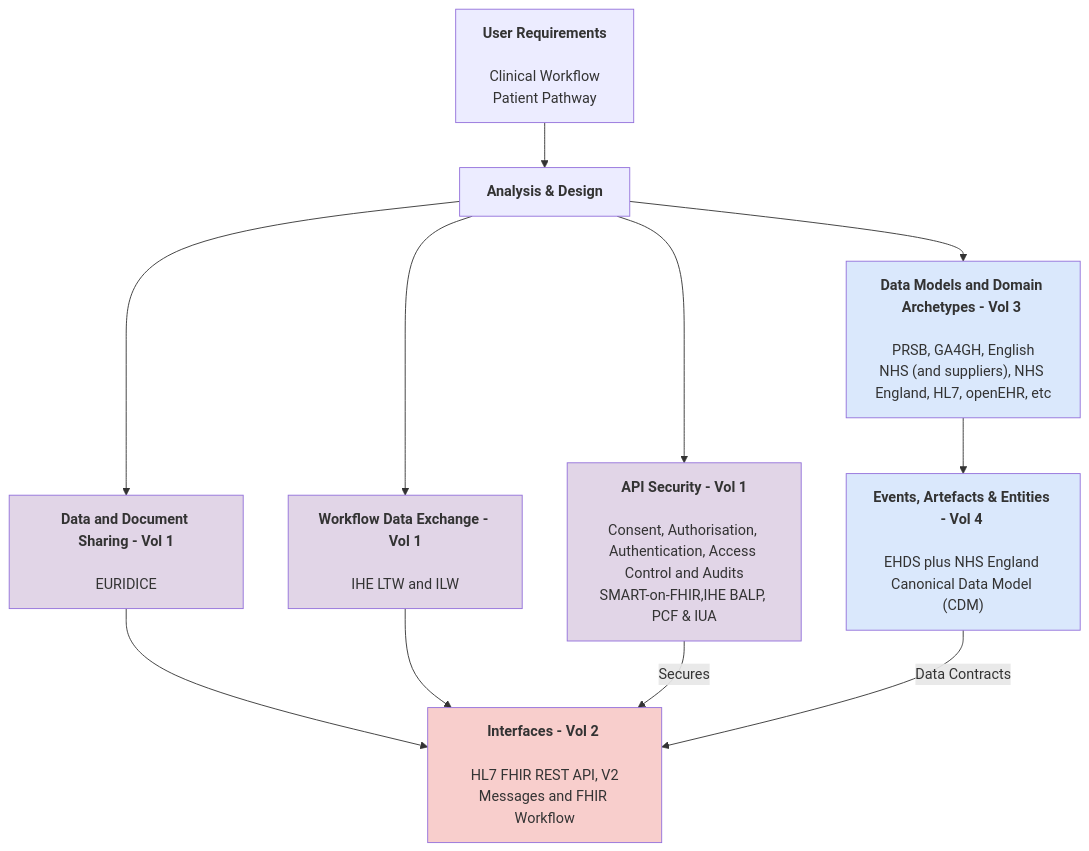
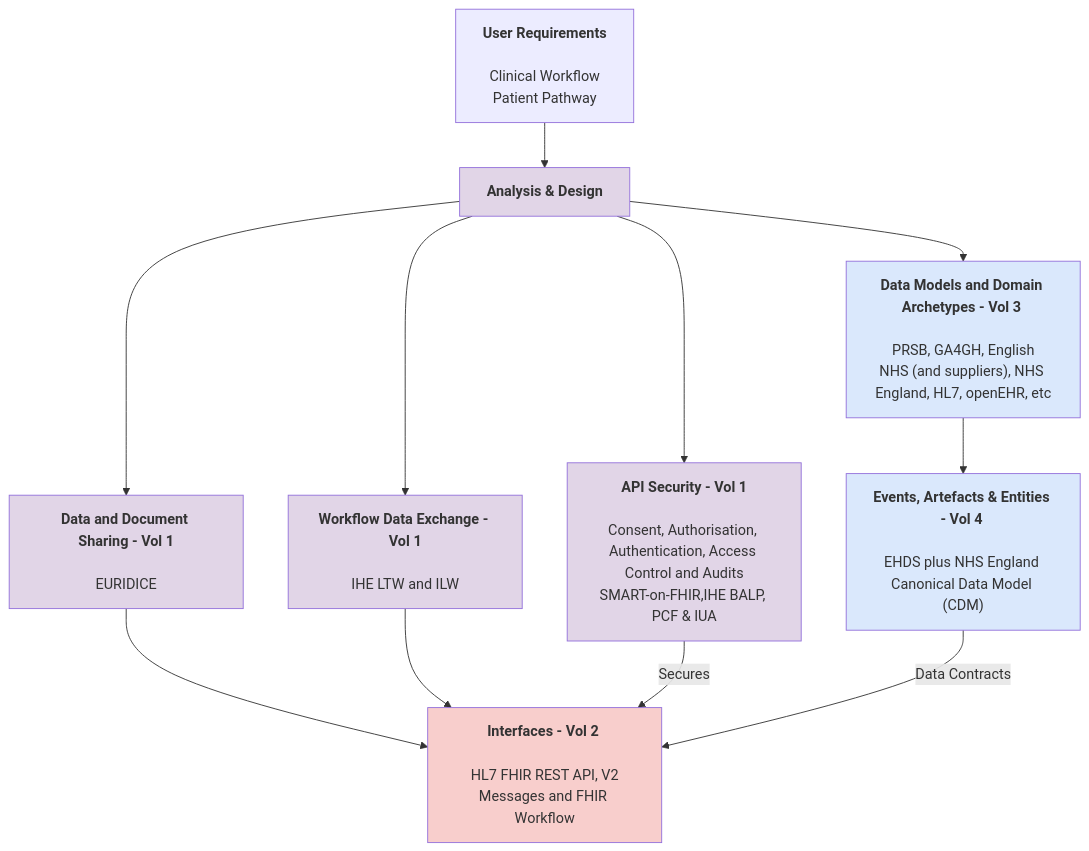
The diagram in input/pagecontent/index.md (nw-gmsa/nw-gmsa.github.com), drawn with Mermaid before and after one commit. The commit also changed other lines of this file, not shown here.

````diff
--- a/input/pagecontent/index.md
+++ b/input/pagecontent/index.md
@@ -25,31 +25,31 @@
 ```mermaid
 graph TD 
 
 User[<b>User Requirements</b> <br/><br/> Clinical Workflow<br/>Patient Pathway]
 IHE[<b>Analysis & Design]
 HL7[<b>Interfaces - Vol 2</b> <br/><br/> HL7 FHIR REST API, V2 Messages and FHIR Workflow]
 Data["<b>Data Models and Domain Archetypes - Vol 3</b> <br/><br/> PRSB, GA4GH, English NHS (and suppliers), NHS England, HL7, openEHR, etc"]
 Artefacts["<b>Events, Artefacts & Entities  - Vol 4</b>  <br/><br/>EHDS plus NHS England Canonical Data Model (CDM)"] 
 Share[<b>Data and Document Sharing - Vol 1</b><br/><br/>EURIDICE]
 Message[<b>Workflow Data Exchange - Vol 1</b><br/><br/>IHE LTW and ILW]
 API[<b>API Security - Vol 1</b><br/><br/>Consent, Authorisation, Authentication, Access Control and Audits<br/>SMART-on-FHIR,IHE BALP, PCF & IUA]
 
 User --> IHE
 IHE -->  Share
 IHE --> Message
 IHE --> API
 Share --> HL7
 Message --> HL7
 API --> |Secures| HL7
 IHE --> Data
 Data --> Artefacts
 Artefacts --> |Data Contracts| HL7
 
     classDef pink fill:#F8CECC;
     classDef blue fill:#DAE8FC;
     classDef purple fill:#E1D5E7;
 
     class Data,Artefacts blue;
     class HL7 pink;
-    class Message,Share,API purple;
+    class IHE,Message,Share,API purple;
 ```
````
